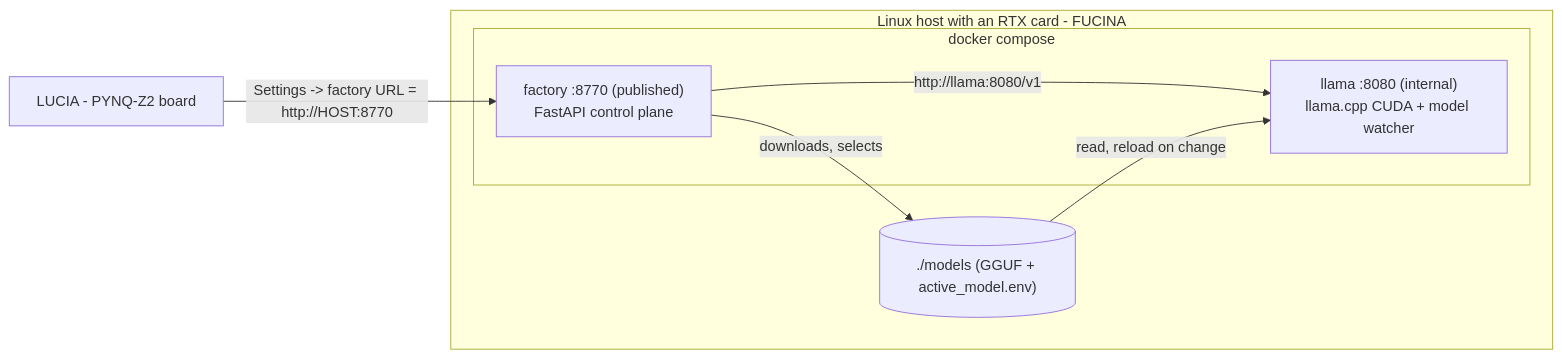
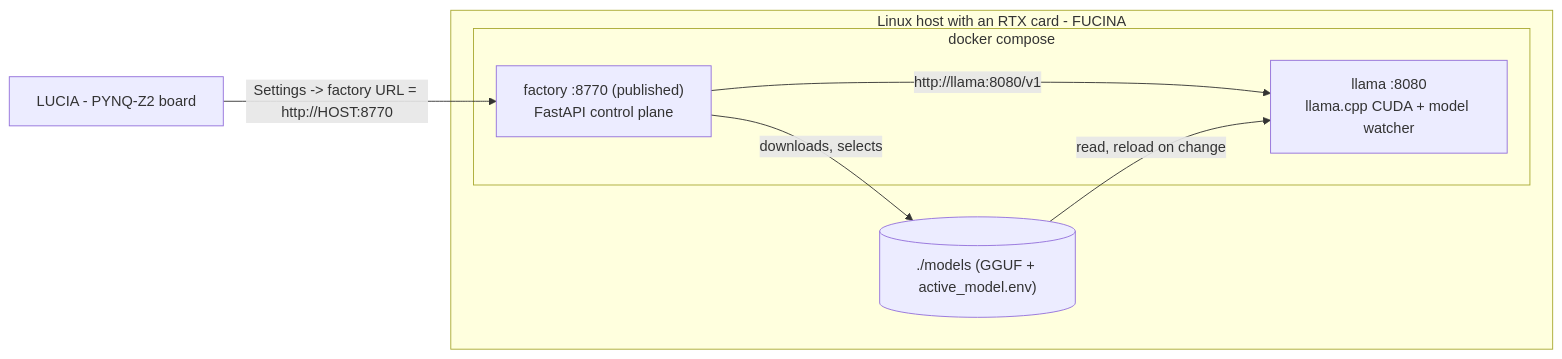
The diagram in docs/fucina-guide.md (enricozanardo/fucina), drawn with Mermaid before and after one commit. The commit also changed other lines of this file, not shown here.

````diff
--- a/docs/fucina-guide.md
+++ b/docs/fucina-guide.md
@@ -20,14 +20,14 @@
 ```mermaid
 flowchart LR
   subgraph host ["Linux host with an RTX card - FUCINA"]
     subgraph compose ["docker compose"]
-      llama["llama :8080 (internal)<br/>llama.cpp CUDA + model watcher"]
+      llama["llama :8080<br/>llama.cpp CUDA + model watcher"]
       factory["factory :8770 (published)<br/>FastAPI control plane"]
       factory -->|"http://llama:8080/v1"| llama
     end
     models[("./models (GGUF + active_model.env)")]
     factory -->|"downloads, selects"| models
     models -->|"read, reload on change"| llama
   end
   board["LUCIA - PYNQ-Z2 board"] -->|"Settings -> factory URL = http://HOST:8770"| factory
 ```
````
